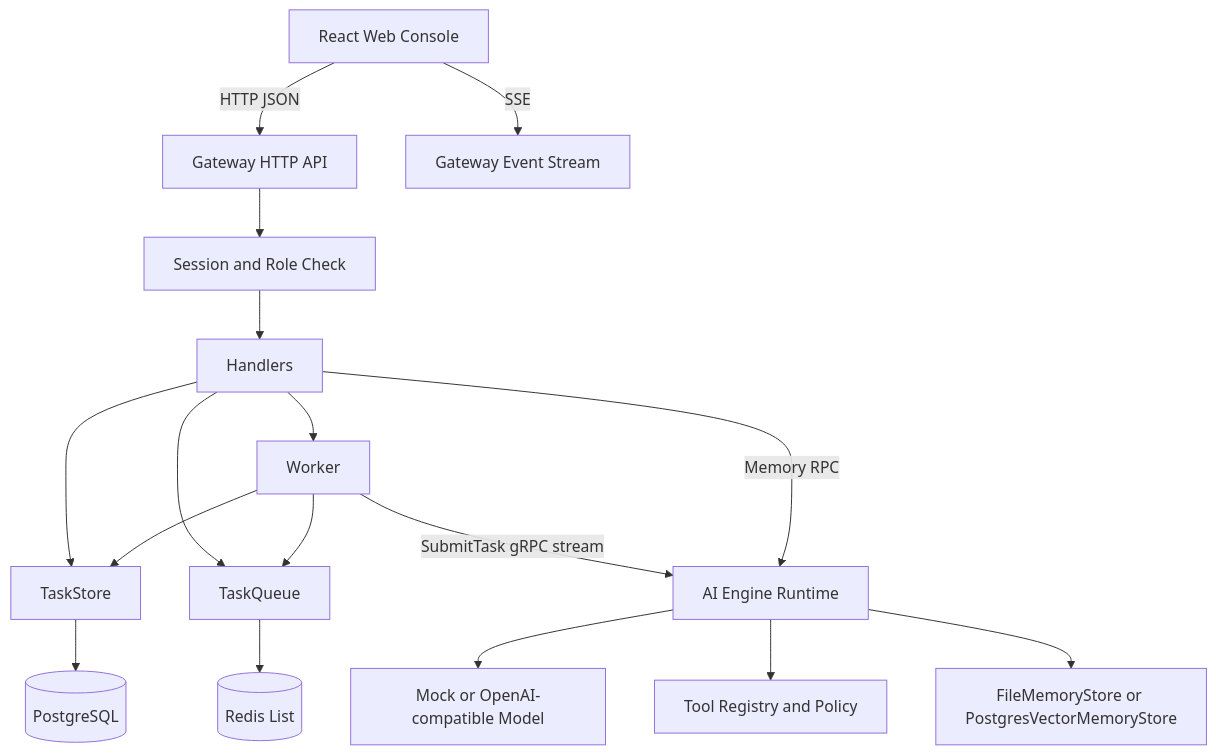
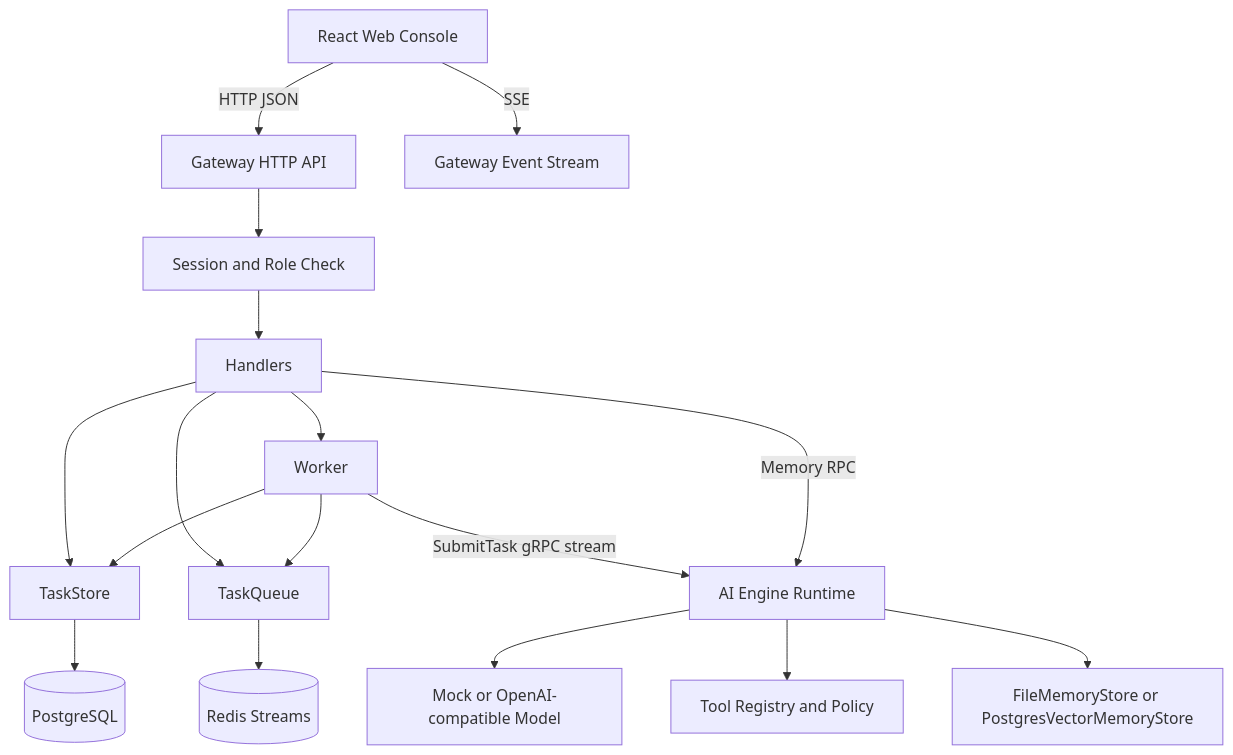
The diagram in docs/01-总体架构.md (SymphonyW/Synapse), drawn with Mermaid before and after one commit. The commit also changed other lines of this file and 32 other files, not shown here.

Commit message:
feat(gateway): use redis streams for reliable task delivery

````diff
--- a/docs/01-总体架构.md
+++ b/docs/01-总体架构.md
@@ -16,19 +16,19 @@
 ```mermaid
 flowchart TD
     Web[React Web Console] -->|HTTP JSON| API[Gateway HTTP API]
     Web -->|SSE| EventStream[Gateway Event Stream]
     API --> Auth[Session and Role Check]
     Auth --> Handler[Handlers]
     Handler --> Store[TaskStore]
     Handler --> Queue[TaskQueue]
     Handler --> Worker[Worker]
     Worker --> Queue
     Worker --> Store
     Worker -->|SubmitTask gRPC stream| Runtime[AI Engine Runtime]
     Handler -->|Memory RPC| Runtime
     Runtime --> Provider[Mock or OpenAI-compatible Model]
     Runtime --> Tools[Tool Registry and Policy]
     Runtime --> Memory[FileMemoryStore or PostgresVectorMemoryStore]
     Store --> Postgres[(PostgreSQL)]
-    Queue --> Redis[(Redis List)]
+    Queue --> Redis[(Redis Streams)]
 ```
````
